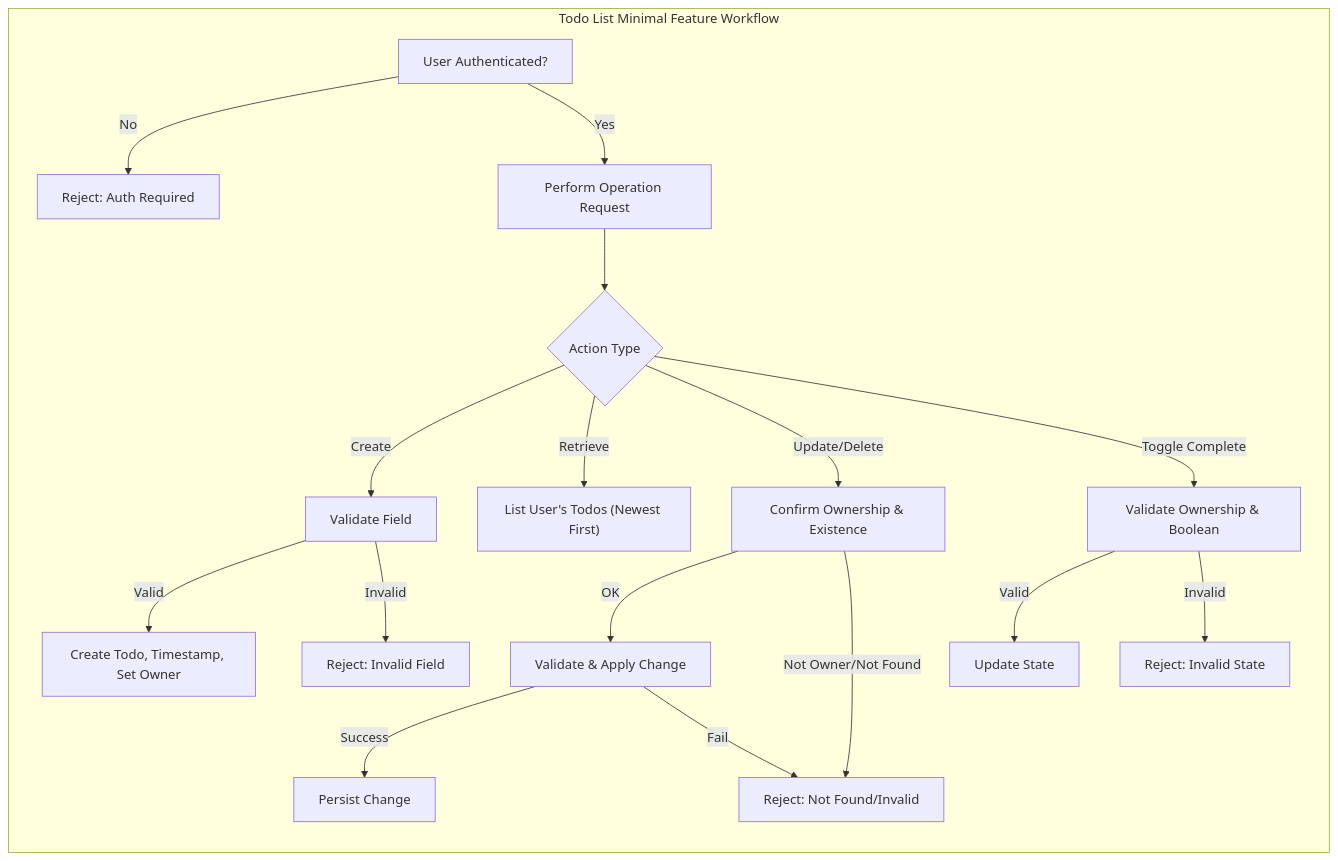
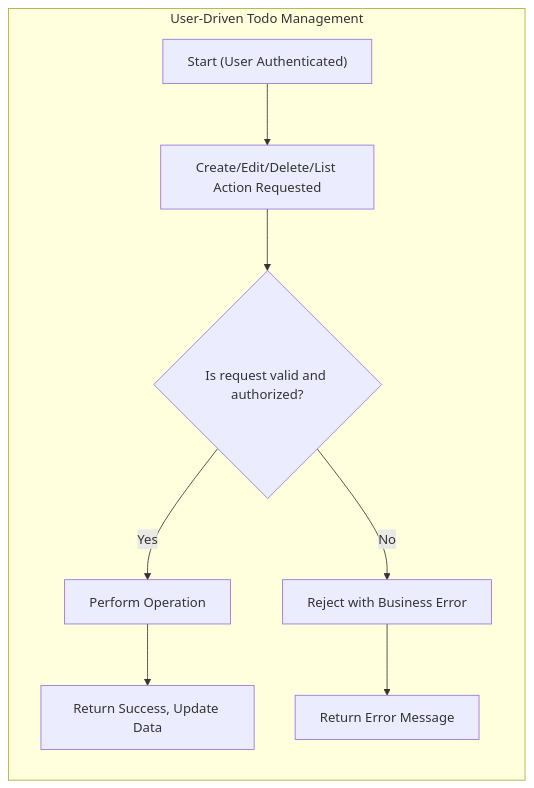
The diagram in openai/gpt-4.1/todo/docs/analysis/00-toc.md (wrtnlabs/autobe-examples), drawn with Mermaid before and after one commit. The commit also changed other lines of this file and 16146 other files, not shown here.

````diff
--- a/openai/gpt-4.1/todo/docs/analysis/00-toc.md
+++ b/openai/gpt-4.1/todo/docs/analysis/00-toc.md
@@ -65,20 +79,11 @@
 ```mermaid
 graph LR
-    subgraph "Todo List Minimal Feature Workflow"
-        A["User Authenticated?"] -->|"No"| B["Reject: Auth Required"]
-        A -->|"Yes"| C["Perform Operation Request"]
-        C --> D{"Action Type"}
-        D -->|"Create"| E["Validate Field"]
-        E -->|"Valid"| F["Create Todo, Timestamp, Set Owner"]
-        E -->|"Invalid"| G["Reject: Invalid Field"]
-        D -->|"Retrieve"| H["List User's Todos (Newest First)"]
-        D -->|"Update/Delete"| I["Confirm Ownership & Existence"]
-        I -->|"OK"| J["Validate & Apply Change"]
-        J -->|"Success"| K["Persist Change"]
-        J -->|"Fail"| L["Reject: Not Found/Invalid"]
-        I -->|"Not Owner/Not Found"| L
-        D -->|"Toggle Complete"| M["Validate Ownership & Boolean"]
-        M -->|"Valid"| N["Update State"]
-        M -->|"Invalid"| O["Reject: Invalid State"]
+    subgraph "User-Driven Todo Management"
+        A["Start (User Authenticated)"] --> B["Create/Edit/Delete/List Action Requested"]
+        B --> C{"Is request valid and authorized?"}
+        C -->|"Yes"| D["Perform Operation"]
+        C -->|"No"| E["Reject with Business Error"]
+        D --> F["Return Success, Update Data"]
+        E --> G["Return Error Message"]
     end
 ```
````
